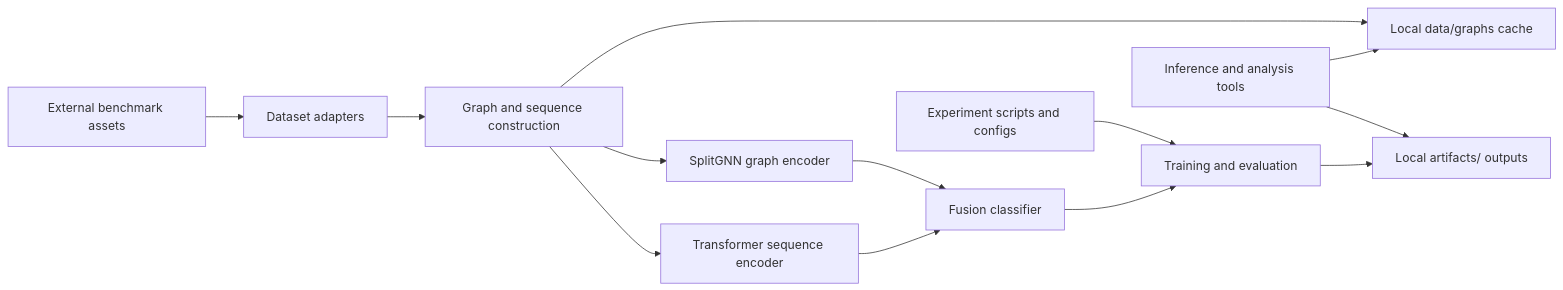
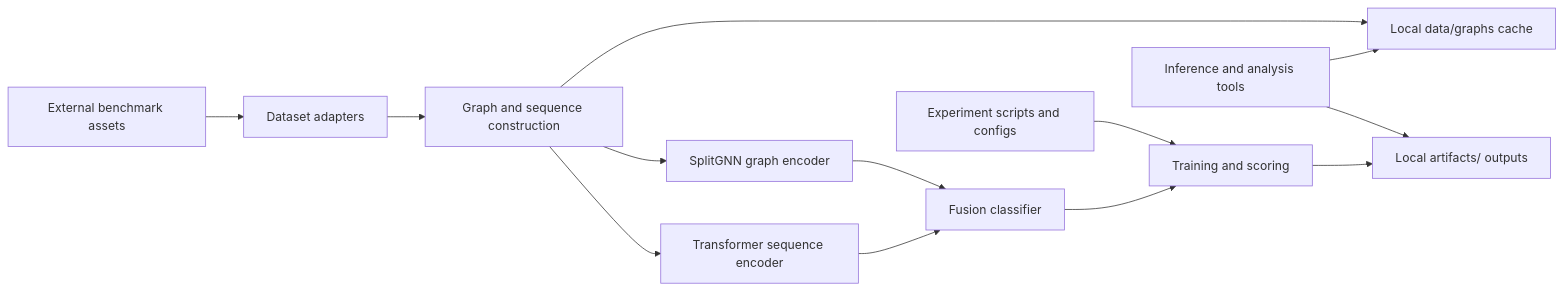
Before and after one commit to yubohann/MultiAgent-Robotics-Portfolio: the diagram in fraudgraph-ml-engineering/docs/architecture.mmd, drawn with Mermaid. The commit also changed 471 other files, not shown here.

```diff
--- a/fraudgraph-ml-engineering/docs/architecture.mmd
+++ b/fraudgraph-ml-engineering/docs/architecture.mmd
@@ -1,13 +1,13 @@
 flowchart LR
   A["External benchmark assets"] --> B["Dataset adapters"]
   B --> C["Graph and sequence construction"]
   C --> D["Local data/graphs cache"]
   C --> E["SplitGNN graph encoder"]
   C --> F["Transformer sequence encoder"]
   E --> G["Fusion classifier"]
   F --> G
-  G --> H["Training and evaluation"]
+  G --> H["Training and scoring"]
   H --> I["Local artifacts/ outputs"]
   J["Experiment scripts and configs"] --> H
   K["Inference and analysis tools"] --> D
   K --> I
```
